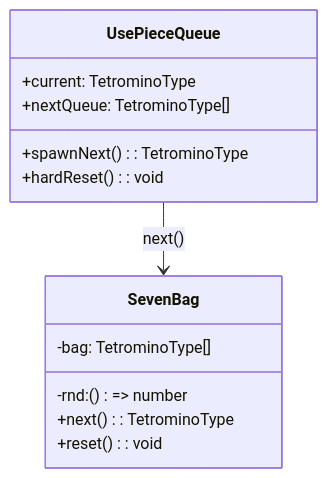
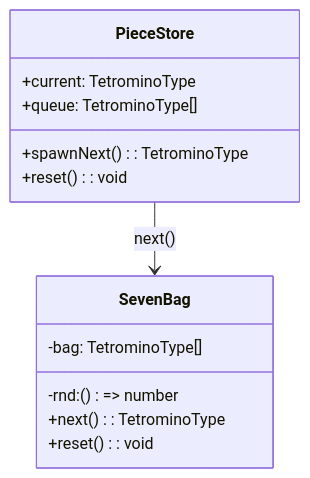
One commit to garchomp-game/tetris-create-test-codex_gpt5 changed the second of 5 diagrams in docs/design.md. Above: the diagram before and after it, drawn with Mermaid. The commit also changed other lines of this file and 5 other files, not shown here.

Commit message:
feat: add piece queue store

````diff
--- a/docs/design.md
+++ b/docs/design.md
@@ -41,16 +40,16 @@
 ```mermaid
 classDiagram
   class SevenBag {
     -bag: TetrominoType[]
     -rnd: () => number
     +next(): TetrominoType
     +reset(): void
   }
-  class UsePieceQueue {
+  class PieceStore {
     +current: TetrominoType
-    +nextQueue: TetrominoType[]
+    +queue: TetrominoType[]
     +spawnNext(): TetrominoType
-    +hardReset(): void
+    +reset(): void
   }
-  UsePieceQueue --> SevenBag : next()
+  PieceStore --> SevenBag : next()
 ```
````
